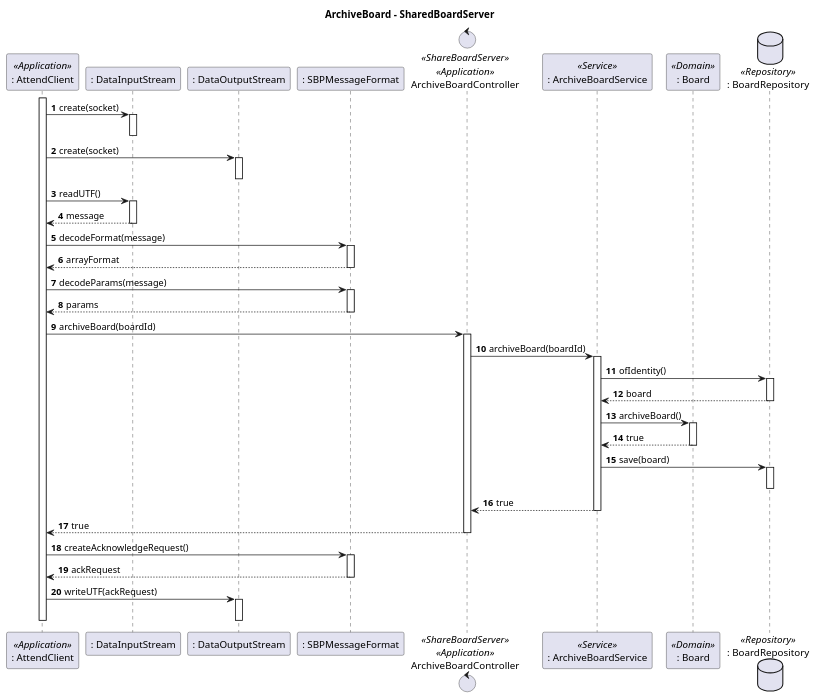
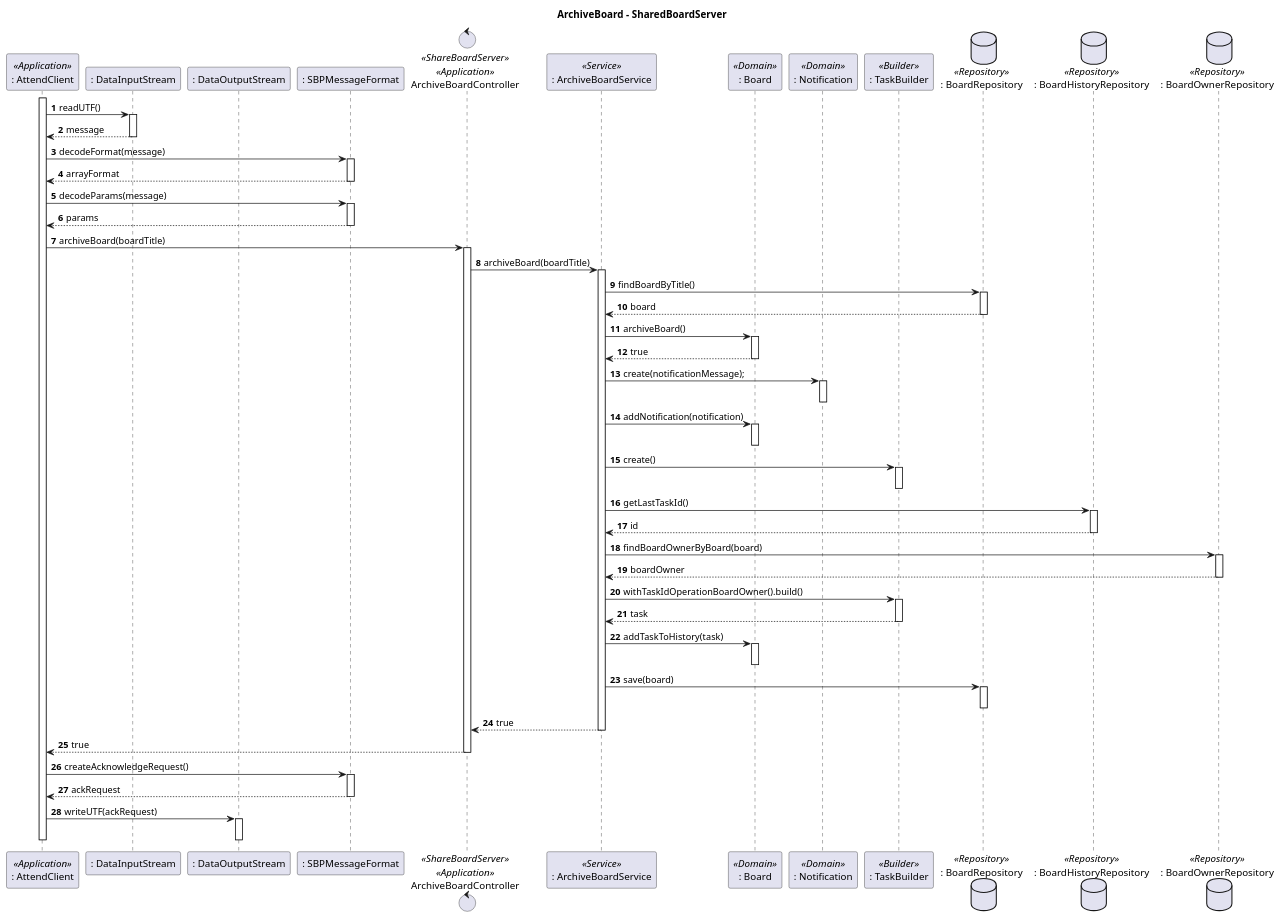
The diagram in docs/Sprint_C/us_3010/us_3010_SD_ArchiveBoardServer.puml (Marco-Nobrega-Andrade/sem4pi_22_23), drawn with PlantUML before and after one commit. The commit also changed 4 other files, not shown here.

Commit message:
[US_3010][Design] - Added the notification and the task to the board history in SD

```diff
--- a/docs/Sprint_C/us_3010/us_3010_SD_ArchiveBoardServer.puml
+++ b/docs/Sprint_C/us_3010/us_3010_SD_ArchiveBoardServer.puml
@@ -1,54 +1,74 @@
 @startuml
 autonumber
 title ArchiveBoard - SharedBoardServer
 
 participant ": AttendClient" as AC <<Application>>
 participant ": DataInputStream" as DIS
 participant ": DataOutputStream" as DOS
 participant ": SBPMessageFormat" as SBPMF
 control "ArchiveBoardController" as CTRL <<ShareBoardServer>> <<Application>>
 participant ": ArchiveBoardService" as SBS <<Service>>
 participant ": Board" as B <<Domain>>
+participant ": Notification" as N <<Domain>>
+participant ": TaskBuilder" as TB <<Builder>>
 database ": BoardRepository" as BR <<Repository>>
+database ": BoardHistoryRepository" as BHR <<Repository>>
+database ": BoardOwnerRepository" as BOR <<Repository>>
 activate AC
-AC -> DIS : create(socket)
-activate DIS
-deactivate DIS
-AC -> DOS : create(socket)
-activate DOS
-deactivate DOS
+
 AC -> DIS : readUTF()
 activate DIS
 return message
 AC -> SBPMF : decodeFormat(message)
 activate SBPMF
 return arrayFormat
 AC -> SBPMF : decodeParams(message)
 activate SBPMF
 return params
-AC -> CTRL : archiveBoard(boardId)
+AC -> CTRL : archiveBoard(boardTitle)
 activate CTRL
-CTRL -> SBS : archiveBoard(boardId)
+CTRL -> SBS : archiveBoard(boardTitle)
 activate SBS
-SBS -> BR : ofIdentity()
+SBS -> BR : findBoardByTitle()
 activate BR
 return board
 SBS -> B : archiveBoard()
 activate B
 return true
+SBS -> N : create(notificationMessage);
+activate N
+deactivate N
+SBS -> B : addNotification(notification)
+activate B
+deactivate B
+SBS -> TB : create()
+activate TB
+deactivate TB
+SBS -> BHR : getLastTaskId()
+activate BHR
+return id
+SBS -> BOR : findBoardOwnerByBoard(board)
+activate BOR
+return boardOwner
+SBS -> TB : withTaskIdOperationBoardOwner().build()
+activate TB
+return task
+SBS -> B : addTaskToHistory(task)
+activate B
+deactivate B
 SBS -> BR : save(board)
 activate BR
 deactivate BR
 SBS --> CTRL : true
 deactivate SBS
 CTRL --> AC : true
 deactivate CTRL
 AC -> SBPMF : createAcknowledgeRequest()
 activate SBPMF
 return ackRequest
 AC -> DOS : writeUTF(ackRequest)
 activate DOS
 deactivate DOS
 deactivate AC
 
 @enduml
```
